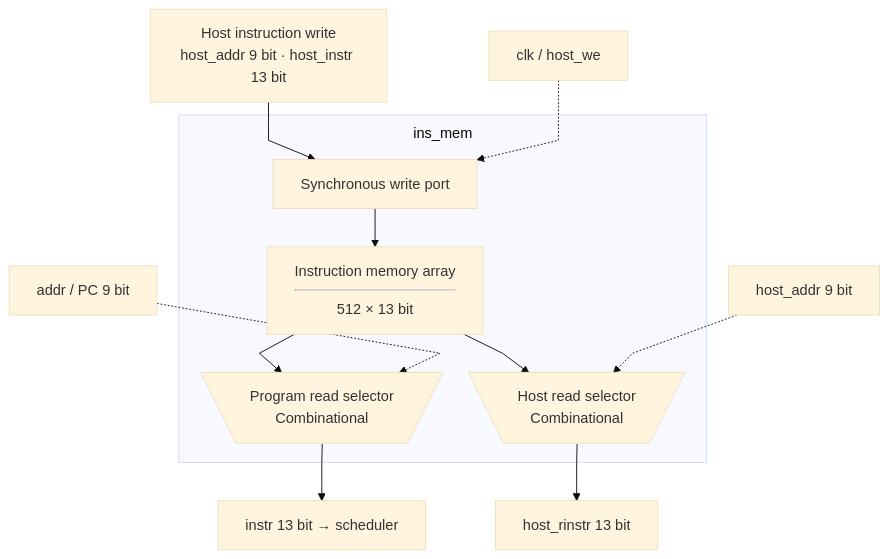
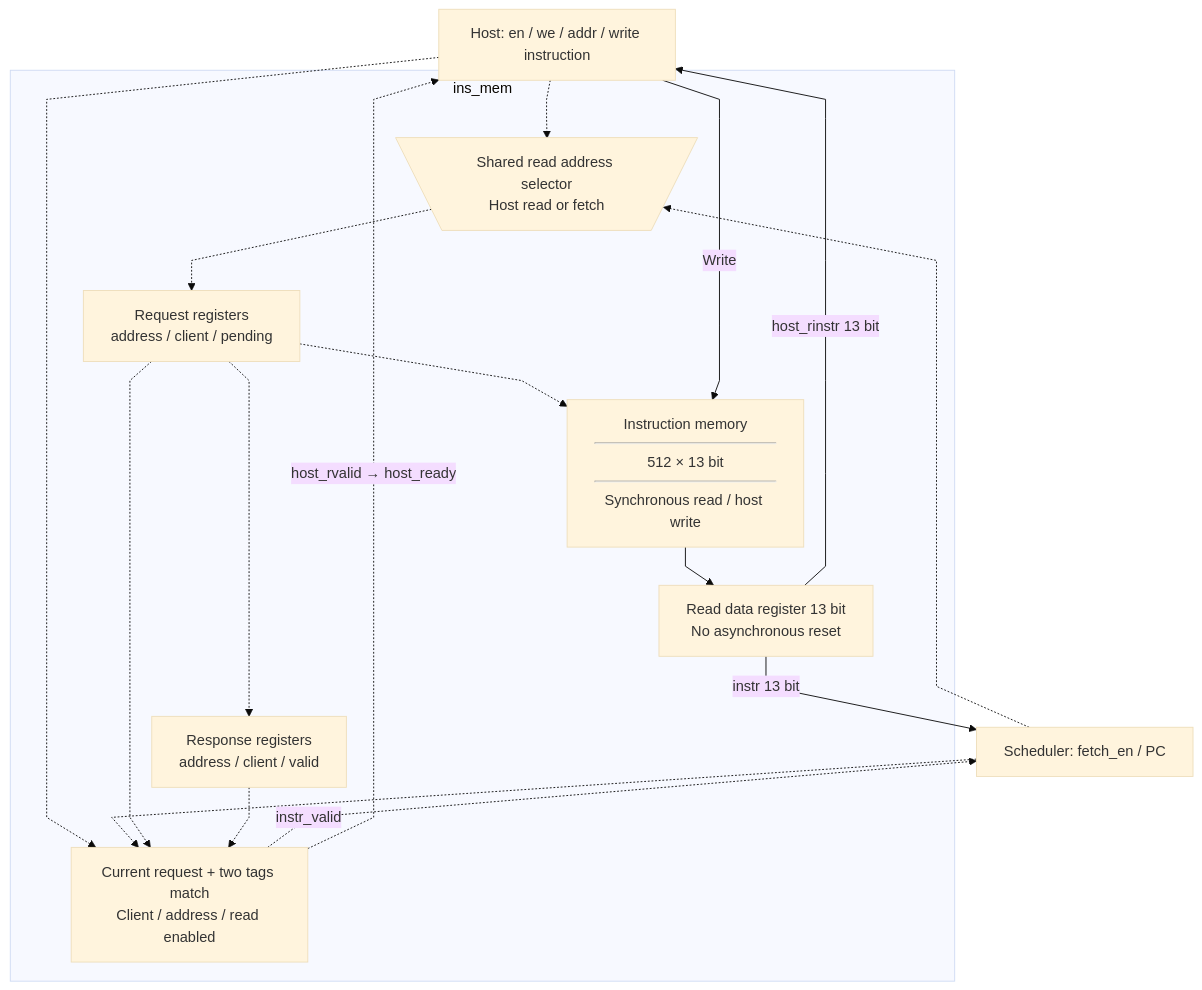
The diagram in docs/source_guide/blocks/ins_mem.sv.md (nguyennhutkhanhtom/NPU), drawn with Mermaid (base theme) before and after one commit. The commit also changed other lines of this file and 123 other files, not shown here.

````diff
--- a/docs/source_guide/blocks/ins_mem.sv.md
+++ b/docs/source_guide/blocks/ins_mem.sv.md
@@ -15,20 +15,29 @@
 ```mermaid
 flowchart TB
-%%{init: {"flowchart": {"subGraphTitleMargin": {"top": 8, "bottom": 20}, "nodeSpacing": 28, "rankSpacing": 42, "curve": "linear"}}}%%
-    H["Host instruction write<br/>host_addr 9 bit · host_instr 13 bit"]
+%%{init: {"flowchart": {"subGraphTitleMargin": {"top": 8, "bottom": 45}, "nodeSpacing": 28, "rankSpacing": 42, "curve": "linear"}}}%%
+    H["Host: en / we / addr / write instruction"]
+    F["Scheduler: fetch_en / PC"]
     subgraph IM["ins_mem"]
-        WRITE["Synchronous write port"]
-        MEM@{ shape: rect, label: "Instruction memory array<hr/>512 × 13 bit" }
-        READ@{ shape: trap-t, label: "Program read selector<br/>Combinational" }
-        HR@{ shape: trap-t, label: "Host read selector<br/>Combinational" }
+        MUX@{ shape: trap-t, label: "Shared read address selector<br/>Host read or fetch" }
+        REQ["Request registers<br/>address / client / pending"]
+        RAM@{ shape: rect, label: "Instruction memory<hr/>512 × 13 bit<hr/>Synchronous read / host write" }
+        DATA["Read data register 13 bit<br/>No asynchronous reset"]
+        RESP["Response registers<br/>address / client / valid"]
+        MATCH["Current request + two tags match<br/>Client / address / read enabled"]
     end
-    H --> WRITE
-    WE["clk / host_we"] -.-> WRITE
-    WRITE --> MEM
-    MEM --> READ
-    MEM --> HR
-    PC["addr / PC 9 bit"] -.-> READ
-    HA["host_addr 9 bit"] -.-> HR
-    READ --> I["instr 13 bit → scheduler"]
-    HR --> R["host_rinstr 13 bit"]
+    H -.-> MUX
+    F -.-> MUX
+    MUX -.-> REQ
+    REQ -.-> RAM
+    H -->|"Write"| RAM
+    RAM --> DATA
+    REQ -.-> RESP
+    H -.-> MATCH
+    F -.-> MATCH
+    REQ -.-> MATCH
+    RESP -.-> MATCH
+    DATA -->|"instr 13 bit"| F
+    DATA -->|"host_rinstr 13 bit"| H
+    MATCH -.->|"instr_valid"| F
+    MATCH -.->|"host_rvalid → host_ready"| H
 ```
````
